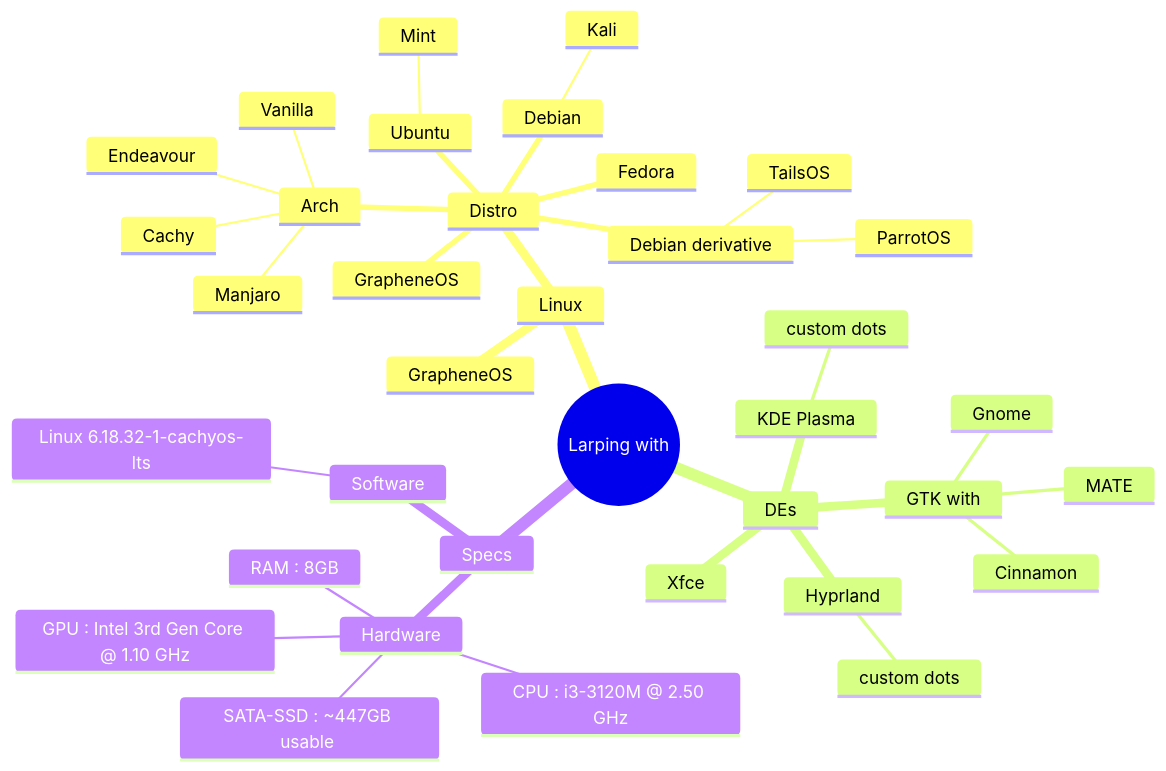
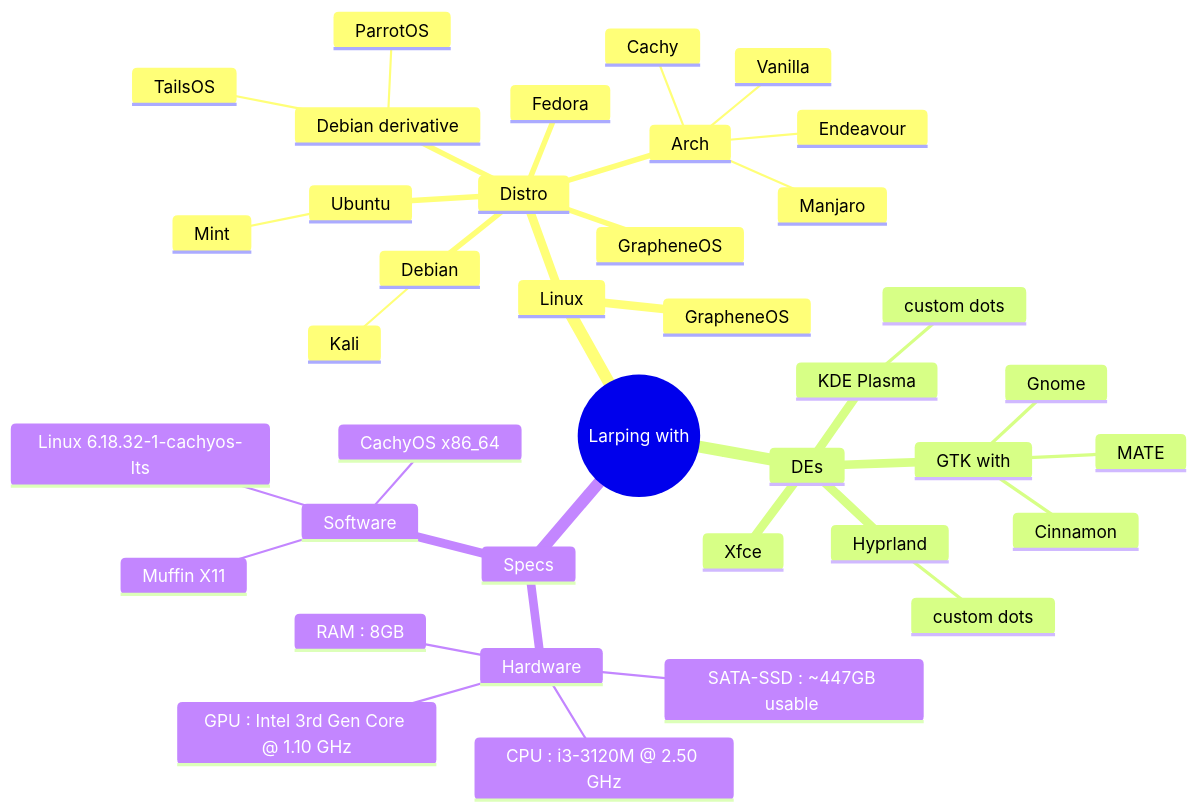
Before and after one commit to Chintanpatel24/Chintanpatel24: the diagram in README.md, drawn with Mermaid.

````diff
--- a/README.md
+++ b/README.md
@@ -4,40 +4,43 @@
 ```mermaid
 mindmap
  root((Larping with))
   Linux
    GrapheneOS
    Distro
     GrapheneOS
     Arch
       Endeavour
       Vanilla
       Cachy
       Manjaro
     Debian
       Kali
     Ubuntu
       Mint
     Fedora
     Debian derivative
       ParrotOS
       TailsOS
   DEs
       Xfce
       KDE Plasma
        custom dots
       Hyprland
         custom dots
       GTK with
        Cinnamon
        Gnome
        MATE
   Specs
     Hardware     
       GPU : Intel 3rd Gen Core @ 1.10 GHz
       CPU : i3-3120M @ 2.50 GHz
       RAM : 8GB
       SATA-SSD : ~447GB usable 
     Software
+      CachyOS x86_64
+      Muffin X11
+      
       Linux 6.18.32-1-cachyos-lts
       
 ```
````
